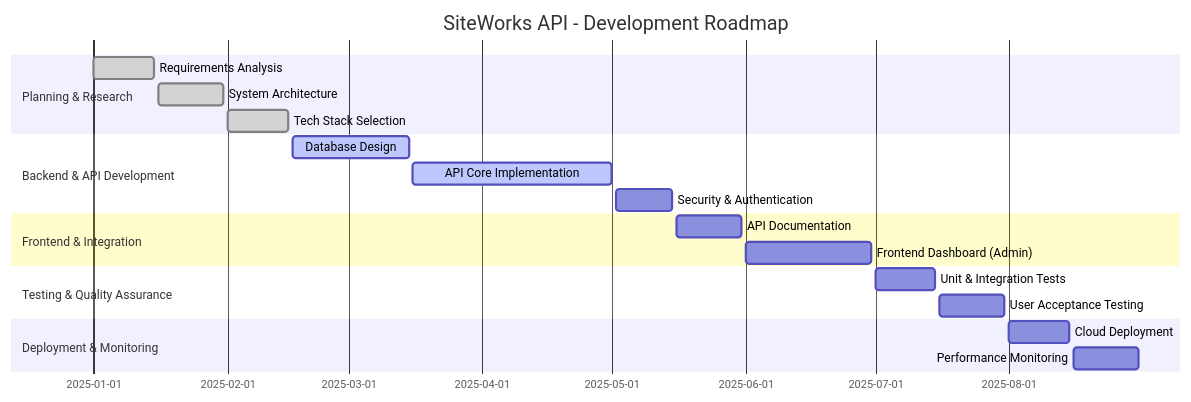
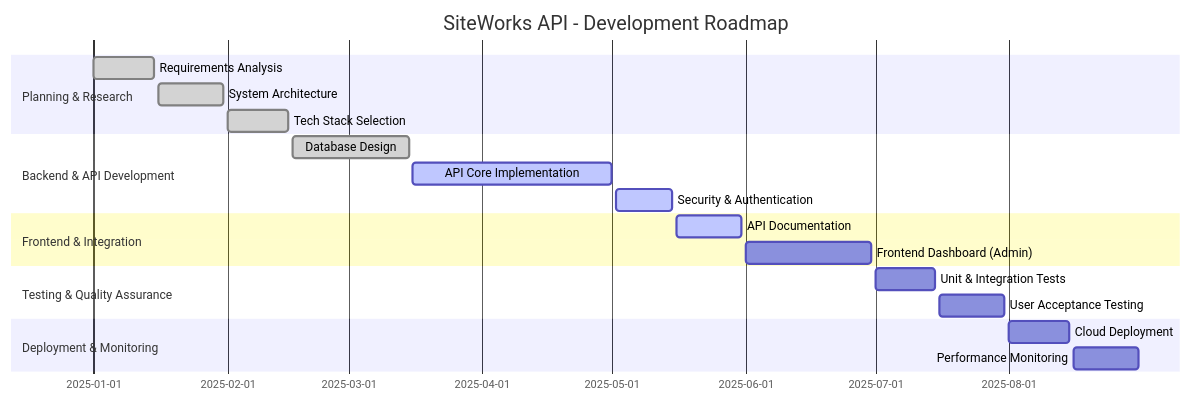
The diagram in docs/system-docs/roadmap.md (rui202212/siteworks-api-docs), drawn with Mermaid before and after one commit. The commit also changed other lines of this file and 2 other files, not shown here.

````diff
--- a/docs/system-docs/roadmap.md
+++ b/docs/system-docs/roadmap.md
@@ -18,26 +19,26 @@
 ```mermaid
 gantt
     title SiteWorks API - Development Roadmap
     dateFormat  YYYY-MM-DD
     section Planning & Research
     Requirements Analysis      :done, 2025-01-01, 2025-01-15
     System Architecture        :done, 2025-01-16, 2025-01-31
     Tech Stack Selection       :done, 2025-02-01, 2025-02-15
 
     section Backend & API Development
-    Database Design            :active, 2025-02-16, 2025-03-15
+    Database Design            :done, 2025-02-16, 2025-03-15
     API Core Implementation    :active, 2025-03-16, 2025-05-01
-    Security & Authentication  :2025-05-02, 2025-05-15
+    Security & Authentication  :active, 2025-05-02, 2025-05-15
 
     section Frontend & Integration
-    API Documentation          :2025-05-16, 2025-05-31
+    API Documentation          :active, 2025-05-16, 2025-05-31
     Frontend Dashboard (Admin) :2025-06-01, 2025-06-30
 
     section Testing & Quality Assurance
     Unit & Integration Tests   :2025-07-01, 2025-07-15
     User Acceptance Testing    :2025-07-16, 2025-07-31
 
     section Deployment & Monitoring
     Cloud Deployment           :2025-08-01, 2025-08-15
     Performance Monitoring     :2025-08-16, 2025-08-31
-```  
+```
````
